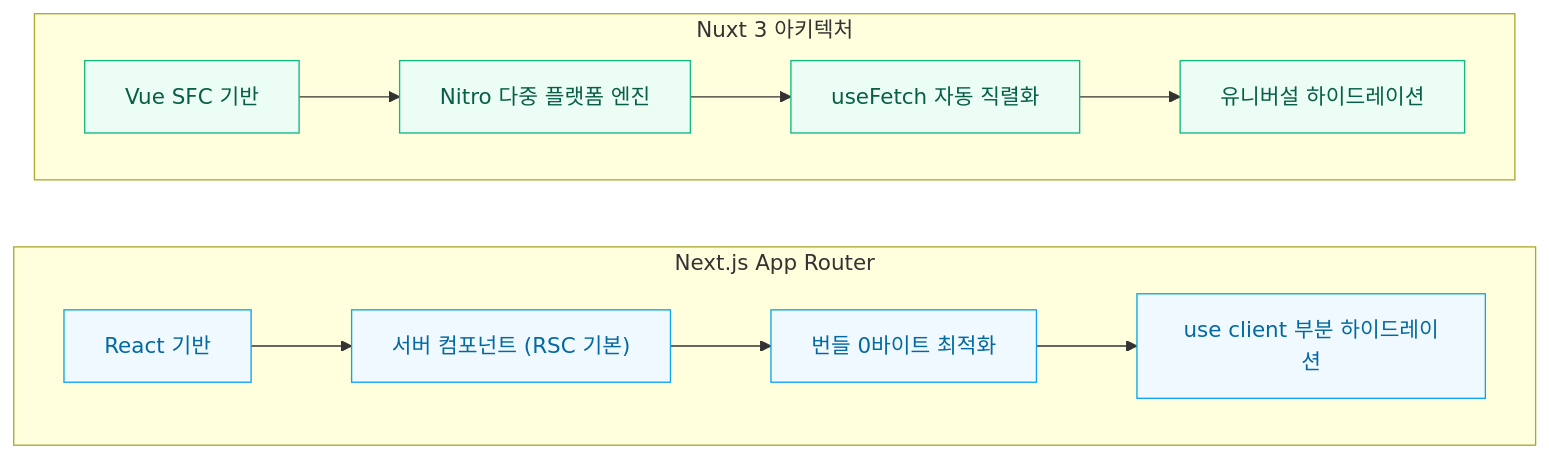
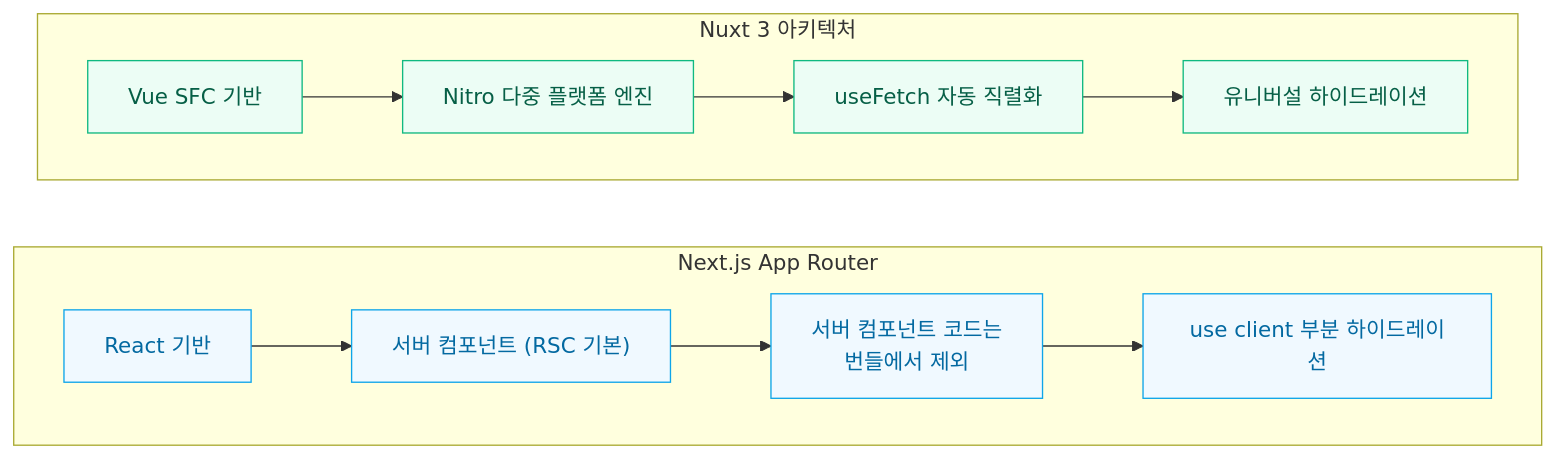
Before and after one commit to heo-mk/react-vue-trans-01-next-ver: the diagram in content/diagrams/rendering-modes-diagram.mmd, drawn with Mermaid. The commit also changed 15 other files, not shown here.

Commit message:
Modify 한국어 줄바꿈 전역 규칙 및 구조도 버튼·라벨 수정

```diff
--- a/content/diagrams/rendering-modes-diagram.mmd
+++ b/content/diagrams/rendering-modes-diagram.mmd
@@ -1,16 +1,16 @@
 flowchart TB
     subgraph NX["Nuxt 3 아키텍처"]
         N1["Vue SFC 기반"] --> N2["Nitro 다중 플랫폼 엔진"]
         N2 --> N3["useFetch 자동 직렬화"]
         N3 --> N4["유니버설 하이드레이션"]
     end
     subgraph NJ["Next.js App Router"]
         J1["React 기반"] --> J2["서버 컴포넌트 (RSC 기본)"]
-        J2 --> J3["번들 0바이트 최적화"]
+        J2 --> J3["서버 컴포넌트 코드는<br/>번들에서 제외"]
         J3 --> J4["use client 부분 하이드레이션"]
     end
     NX ~~~ NJ
     classDef vueStyle fill:#ecfdf5,stroke:#10b981,color:#065f46;
     classDef reactStyle fill:#f0f9ff,stroke:#0ea5e9,color:#0369a1;
     class N1,N2,N3,N4 vueStyle;
     class J1,J2,J3,J4 reactStyle;
```
